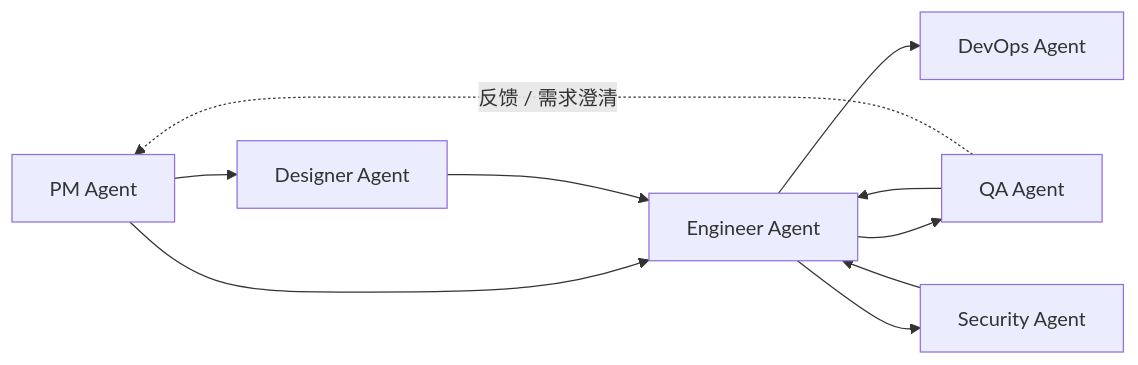
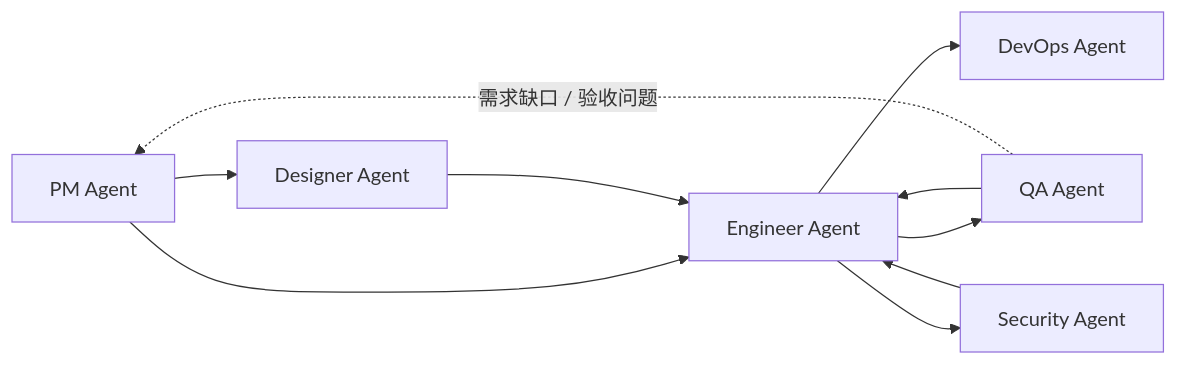
Before and after one commit to Neplich/dev-agent-skills: the diagram in README_zh.md, drawn with Mermaid. The commit also changed other lines of this file and 13 other files, not shown here.

````diff
--- a/README_zh.md
+++ b/README_zh.md
@@ -61,12 +52,12 @@
 ```mermaid
-graph LR
+flowchart LR
     PM["PM Agent"] --> Designer["Designer Agent"]
     PM --> Engineer["Engineer Agent"]
     Designer --> Engineer
     Engineer --> QA["QA Agent"]
     QA --> Engineer
-    QA -. "反馈 / 需求澄清" .-> PM
+    QA -. "需求缺口 / 验收问题" .-> PM
     Engineer --> DevOps["DevOps Agent"]
     Engineer --> Security["Security Agent"]
     Security --> Engineer
 ```
````
